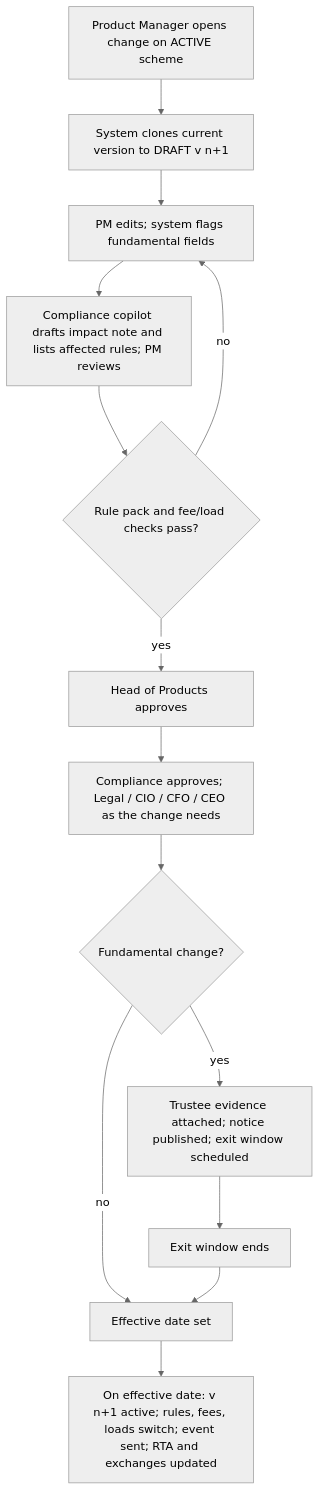
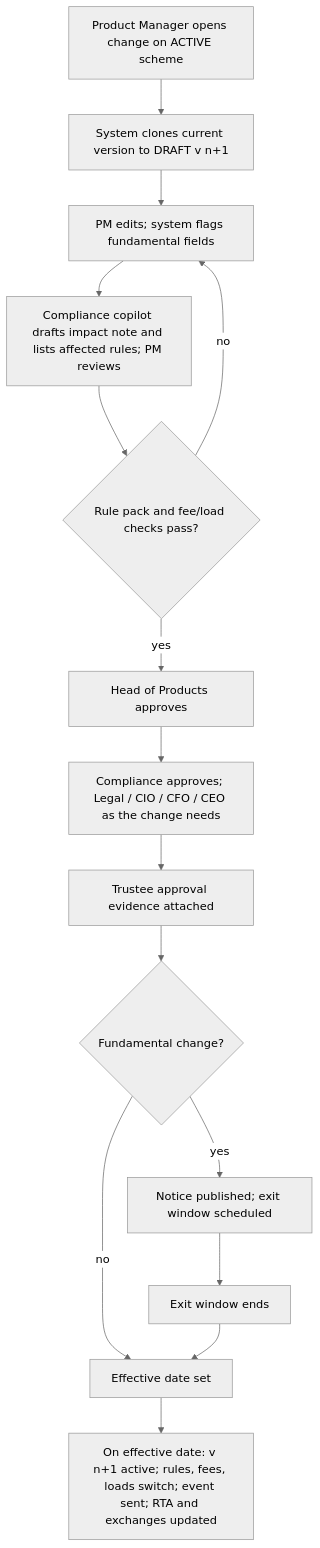
One commit to suchitdubey7/AMC-OS changed the first of 2 diagrams in docs/03_product_requirements/PRD-002_product_and_scheme_management.md. Above: the diagram before and after it, drawn with Mermaid (neutral theme). The commit also changed other lines of this file and 4 other files, not shown here.

````diff
--- a/docs/03_product_requirements/PRD-002_product_and_scheme_management.md
+++ b/docs/03_product_requirements/PRD-002_product_and_scheme_management.md
@@ -127,16 +127,17 @@
 ```mermaid
 flowchart TD
   A[Product Manager opens change on ACTIVE scheme] --> B[System clones current version to DRAFT v n+1]
   B --> C[PM edits; system flags fundamental fields]
   C --> D[Compliance copilot drafts impact note and lists affected rules; PM reviews]
   D --> E{Rule pack and fee/load checks pass?}
   E -- no --> C
   E -- yes --> F[Head of Products approves]
   F --> G[Compliance approves; Legal / CIO / CFO / CEO as the change needs]
-  G --> H{Fundamental change?}
-  H -- yes --> I[Trustee evidence attached; notice published; exit window scheduled]
+  G --> T[Trustee approval evidence attached]
+  T --> H{Fundamental change?}
+  H -- yes --> I[Notice published; exit window scheduled]
   I --> J[Exit window ends]
   H -- no --> K[Effective date set]
   J --> K
   K --> L[On effective date: v n+1 active; rules, fees, loads switch; event sent; RTA and exchanges updated]
 ```
````
